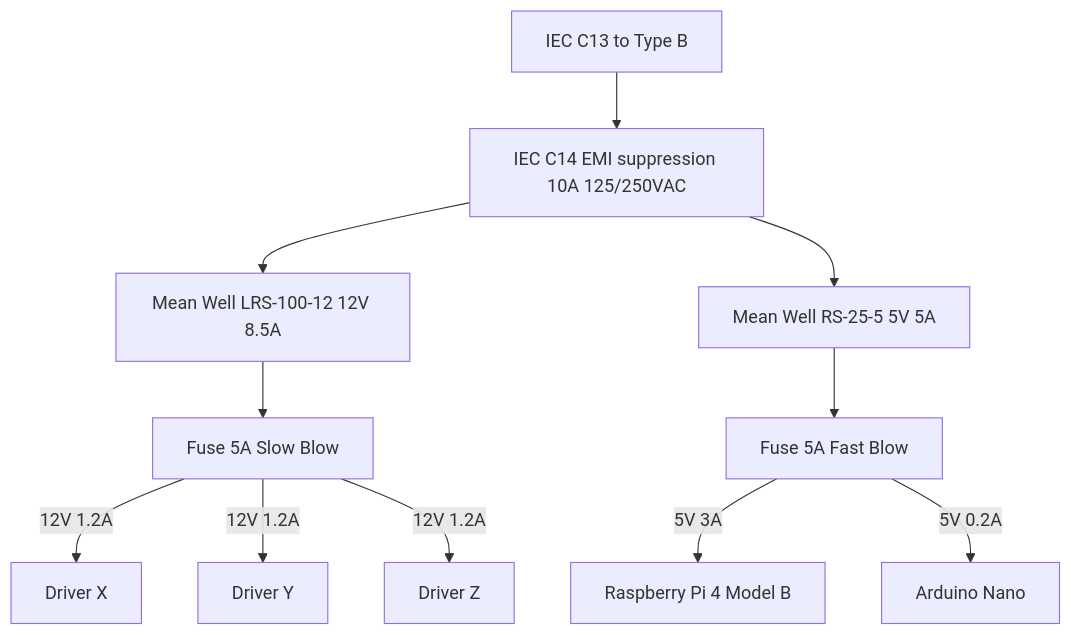
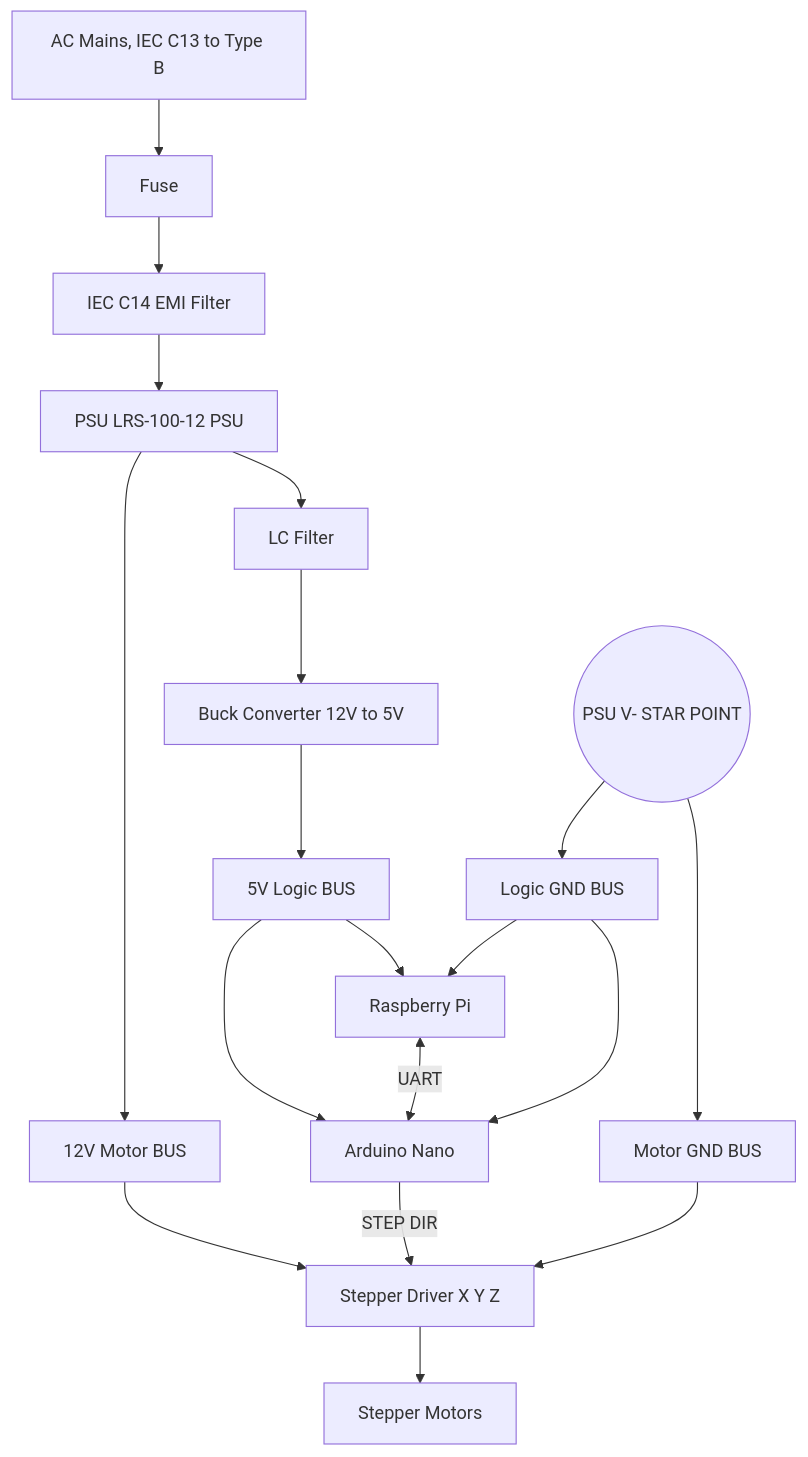
The diagram in README.md (AlvinOctaH/automated-incubator-microscope), drawn with Mermaid before and after one commit. The commit also changed other lines of this file, not shown here.

````diff
--- a/README.md
+++ b/README.md
@@ -182,13 +181,31 @@
 ```mermaid
 flowchart TD
-    A[IEC C13 to Type B] --> B[IEC C14 EMI suppression 10A 125/250VAC]
-    B --> C1[Mean Well LRS-100-12 12V 8.5A]
-    B --> C2[Mean Well RS-25-5 5V 5A]
-    C1 --> D1[Fuse 5A Slow Blow]
-    C2 --> D2[Fuse 5A Fast Blow]
-    D1 --> |12V 1.2A| E1[Driver X]
-    D1 --> |12V 1.2A| E2[Driver Y]
-    D1 --> |12V 1.2A| E3[Driver Z]
-    D2 --> |5V 3A| E4[Raspberry Pi 4 Model B]
-    D2 --> |5V 0.2A| E5[Arduino Nano]
+
+A[AC Mains, IEC C13 to Type B] --> B[Fuse]
+B --> C[IEC C14 EMI Filter]
+C --> D[PSU LRS-100-12 PSU]
+
+D --> E1[12V Motor BUS]
+D --> E2[LC Filter]
+E2 --> E3[Buck Converter 12V to 5V]
+
+E1 --> F1[Stepper Driver X Y Z]
+F1 --> M1[Stepper Motors]
+
+E3 --> F2[5V Logic BUS]
+F2 --> G1[Raspberry Pi]
+F2 --> G2[Arduino Nano]
+
+G1 <-->|UART| G2
+G2 -->|STEP DIR| F1
+
+%% STAR GROUND IMPLEMENTATION
+SG((PSU V- STAR POINT))
+
+SG --> MGND[Motor GND BUS]
+SG --> LGND[Logic GND BUS]
+
+MGND --> F1
+LGND --> G1
+LGND --> G2
 ```
````
